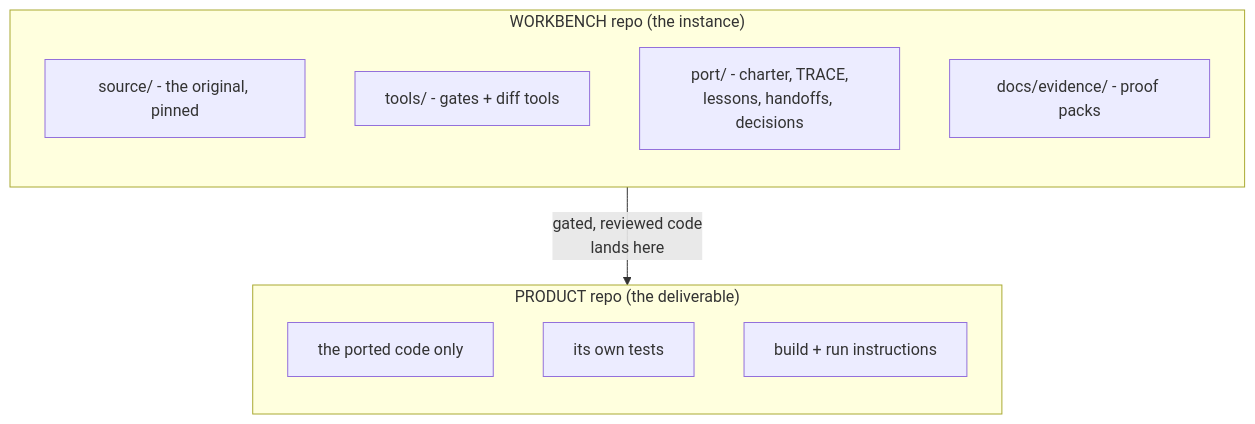
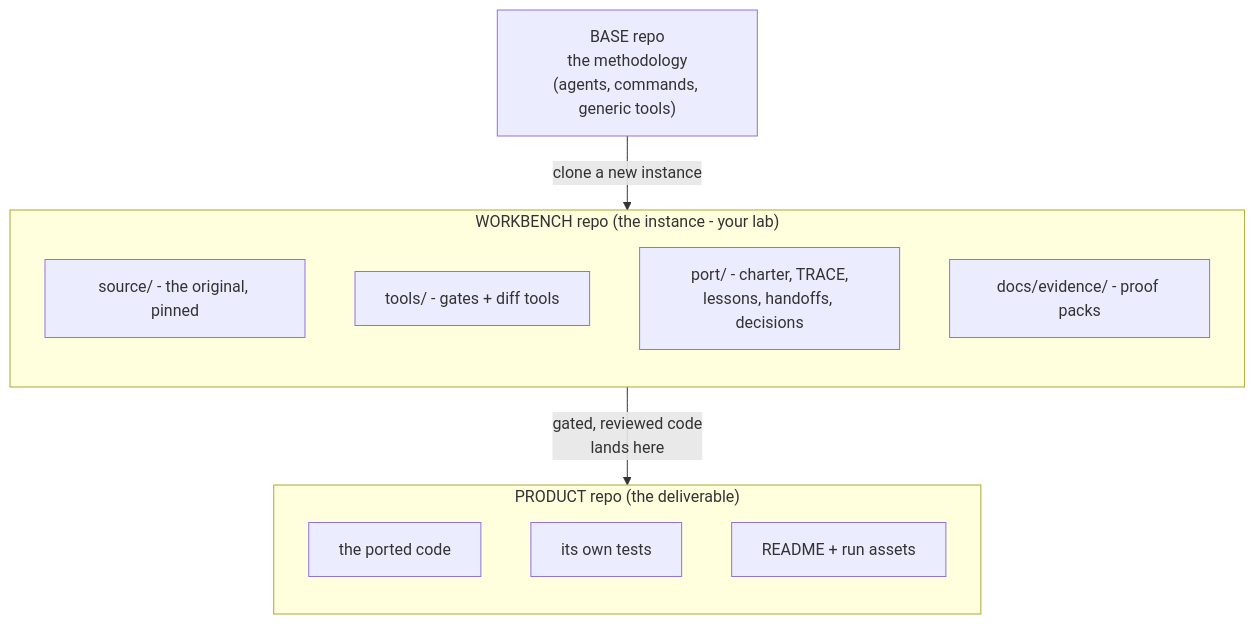
Before and after one commit to ecmwf/chisel: the second of 6 diagrams in methodology.md, drawn with Mermaid. The commit also changed other lines of this file, not shown here.

First line of the commit message:
docs(methodology): show the base repo in the two-repo diagram; balance the agents diagram

````diff
--- a/methodology.md
+++ b/methodology.md
@@ -103,17 +105,19 @@
 ```mermaid
 flowchart TD
-  subgraph WB["WORKBENCH repo (the instance)"]
+  BASE["BASE repo<br/>the methodology<br/>(agents, commands, generic tools)"]
+  BASE -- "clone a new instance" --> WB
+  subgraph WB["WORKBENCH repo (the instance - your lab)"]
     direction TB
     SRC["source/ - the original, pinned"]
     TOOL["tools/ - gates + diff tools"]
     STATE["port/ - charter, TRACE,<br/>lessons, handoffs, decisions"]
     EVID["docs/evidence/ - proof packs"]
   end
+  WB -- "gated, reviewed code<br/>lands here" --> PROD
   subgraph PROD["PRODUCT repo (the deliverable)"]
     direction TB
-    CODE["the ported code only"]
+    CODE["the ported code"]
     TESTS["its own tests"]
-    README["build + run instructions"]
+    ASSETS["README + run assets"]
   end
-  WB -- "gated, reviewed code<br/>lands here" --> PROD
 ```
````
